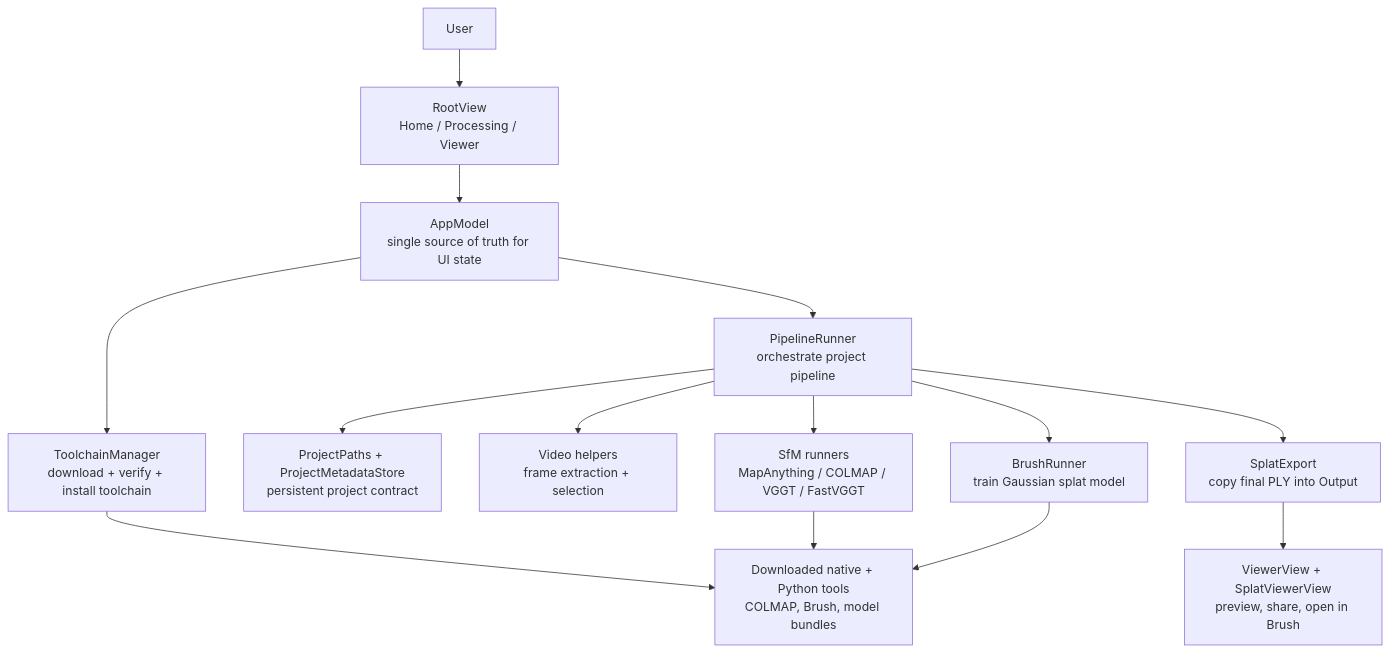
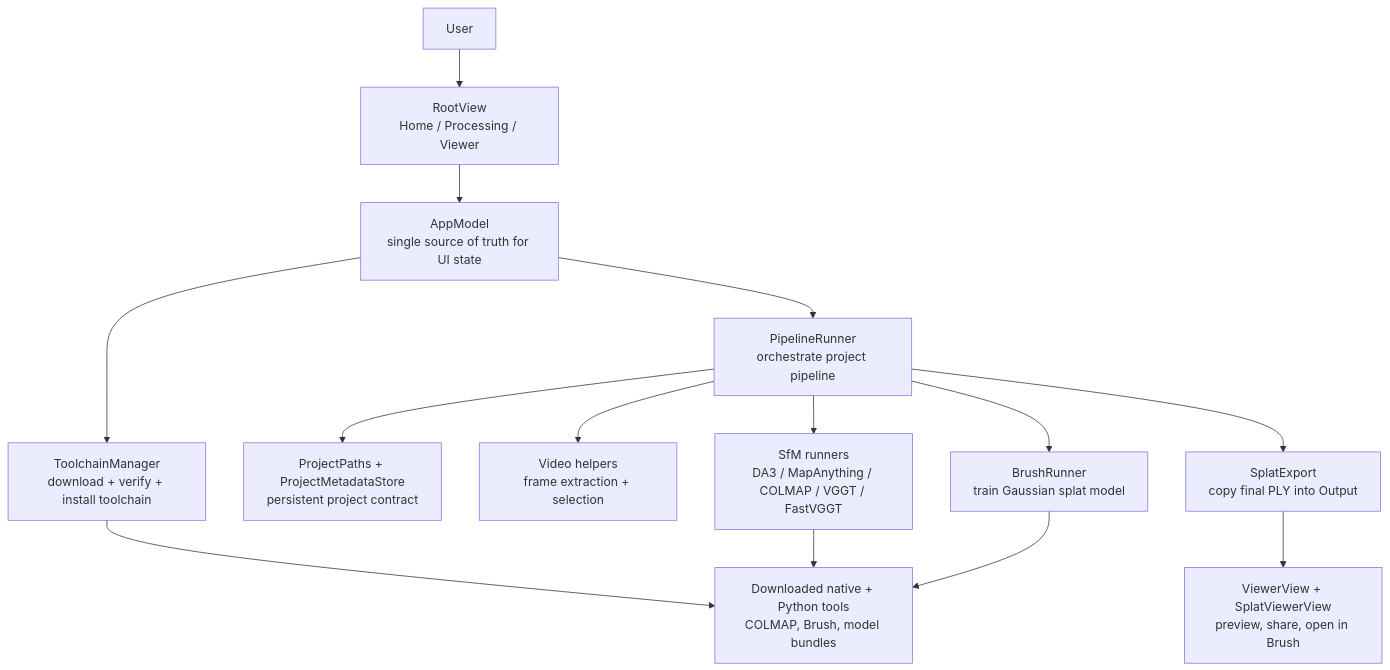
Before and after one commit to dud8/EasySplat: the first of 2 diagrams in ONBOARDING.md, drawn with Mermaid. The commit also changed other lines of this file and 58 other files, not shown here.

````diff
--- a/ONBOARDING.md
+++ b/ONBOARDING.md
@@ -159,19 +159,19 @@
 ```mermaid
 flowchart TD
     User["User"] --> Root["RootView<br/>Home / Processing / Viewer"]
     Root --> AppModel["AppModel<br/>single source of truth for UI state"]
 
     AppModel --> Toolchain["ToolchainManager<br/>download + verify + install toolchain"]
     AppModel --> Runner["PipelineRunner<br/>orchestrate project pipeline"]
 
     Runner --> Project["ProjectPaths + ProjectMetadataStore<br/>persistent project contract"]
     Runner --> Video["Video helpers<br/>frame extraction + selection"]
-    Runner --> SFM["SfM runners<br/>MapAnything / COLMAP / VGGT / FastVGGT"]
+    Runner --> SFM["SfM runners<br/>DA3 / MapAnything / COLMAP / VGGT / FastVGGT"]
     Runner --> Train["BrushRunner<br/>train Gaussian splat model"]
     Runner --> Export["SplatExport<br/>copy final PLY into Output"]
 
     Export --> Viewer["ViewerView + SplatViewerView<br/>preview, share, open in Brush"]
     Toolchain --> External["Downloaded native + Python tools<br/>COLMAP, Brush, model bundles"]
     SFM --> External
     Train --> External
 ```
````
